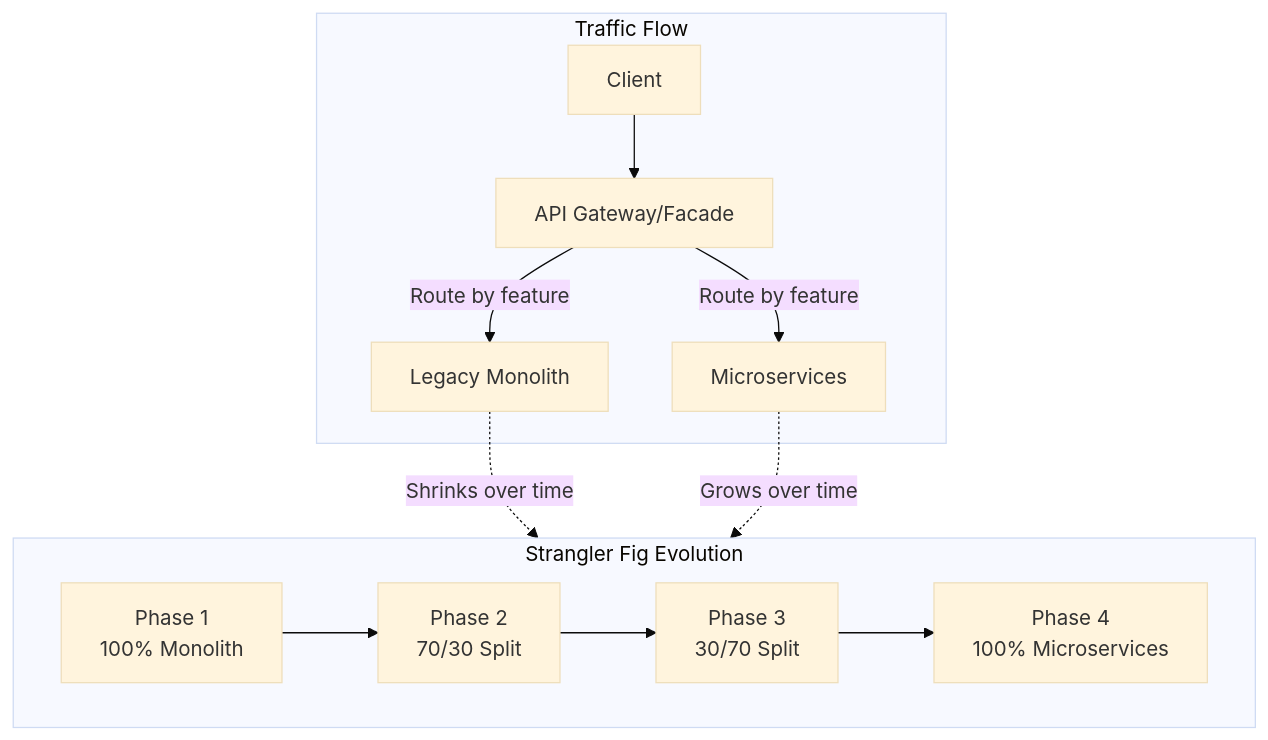
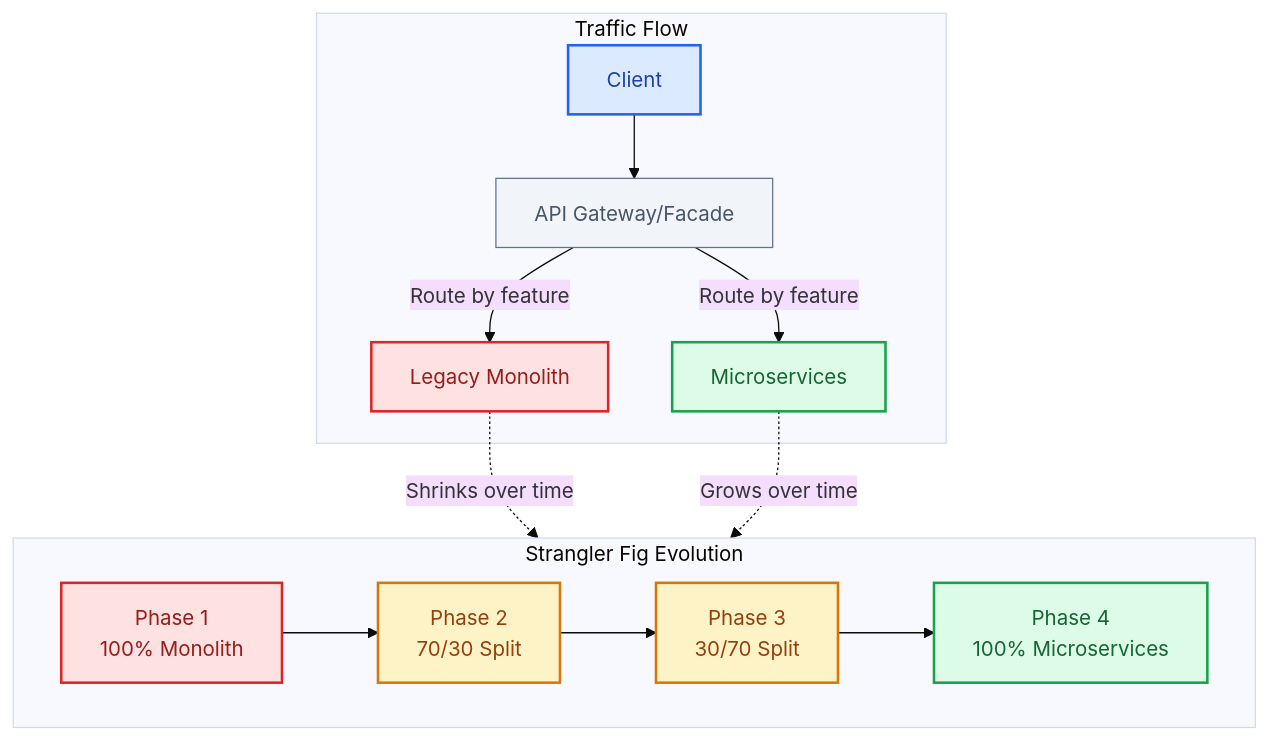
One commit to udaytamma/Cyrus changed the first of 5 diagrams in gemini-responses/strangler-fig-pattern-20260120-0919.md. Above: the diagram before and after it, drawn with Mermaid (base theme). The commit also changed other lines of this file and 28 other files, not shown here.

First line of the commit message:
Upgrade Knowledge Base Mermaid diagrams to professional styling

````diff
--- a/gemini-responses/strangler-fig-pattern-20260120-0919.md
+++ b/gemini-responses/strangler-fig-pattern-20260120-0919.md
@@ -26,18 +26,32 @@
 ```mermaid
 flowchart TB
-    subgraph "Strangler Fig Evolution"
+    subgraph Evolution["Strangler Fig Evolution"]
         direction LR
         T1["Phase 1<br/>100% Monolith"] --> T2["Phase 2<br/>70/30 Split"]
         T2 --> T3["Phase 3<br/>30/70 Split"]
         T3 --> T4["Phase 4<br/>100% Microservices"]
     end
 
-    subgraph "Traffic Flow"
+    subgraph Traffic["Traffic Flow"]
         Client[Client] --> Facade[API Gateway/Facade]
         Facade -->|"Route by feature"| Monolith[Legacy Monolith]
         Facade -->|"Route by feature"| MS[Microservices]
     end
 
     Monolith -.->|"Shrinks over time"| T1
     MS -.->|"Grows over time"| T4
+
+    classDef primary fill:#dbeafe,stroke:#2563eb,color:#1e40af,stroke-width:2px
+    classDef success fill:#dcfce7,stroke:#16a34a,color:#166534,stroke-width:2px
+    classDef warning fill:#fef3c7,stroke:#d97706,color:#92400e,stroke-width:2px
+    classDef error fill:#fee2e2,stroke:#dc2626,color:#991b1b,stroke-width:2px
+    classDef neutral fill:#f1f5f9,stroke:#64748b,color:#475569,stroke-width:1px
+
+    class T1 error
+    class T2,T3 warning
+    class T4 success
+    class Client primary
+    class Facade neutral
+    class Monolith error
+    class MS success
 ```
````
